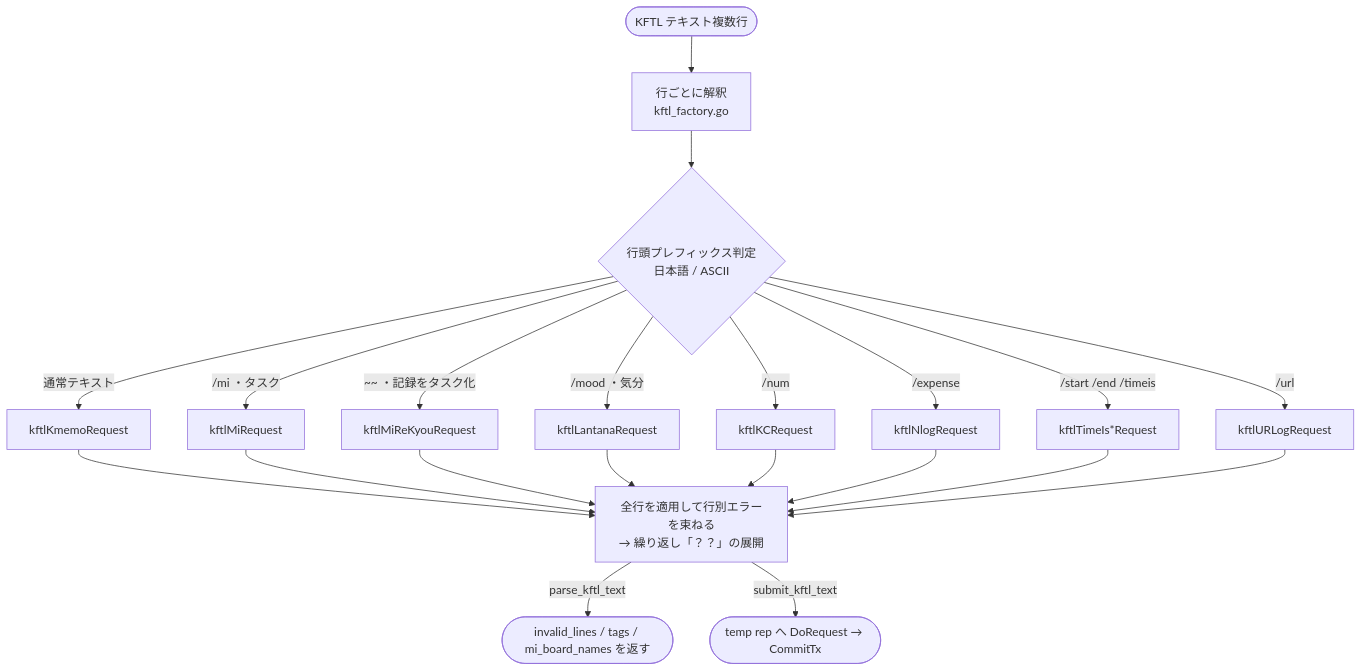
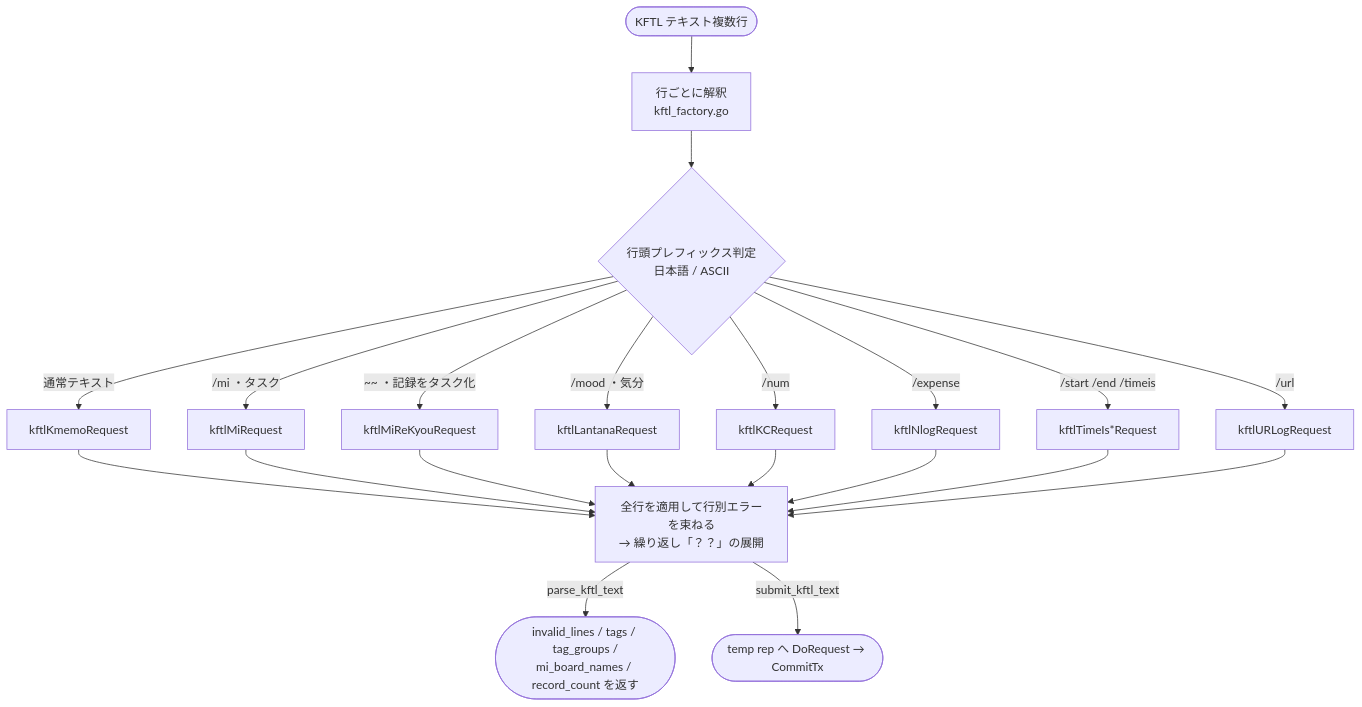
The sixth of 25 diagrams in documents/reverse/scenario.md (mt3hr/gkill), drawn with Mermaid before and after one commit. The commit also changed other lines of this file and 38 other files, not shown here.

````diff
--- a/documents/reverse/scenario.md
+++ b/documents/reverse/scenario.md
@@ -226,23 +227,23 @@
 ```mermaid
 flowchart TD
     Start([KFTL テキスト複数行]) --> Split[行ごとに解釈<br/>kftl_factory.go]
     Split --> Prefix{行頭プレフィックス判定<br/>日本語 / ASCII}
     Prefix -->|通常テキスト| Kmemo[kftlKmemoRequest]
     Prefix -->|/mi ・タスク| Mi[kftlMiRequest]
     Prefix -->|~~ ・記録をタスク化| MiReKyou[kftlMiReKyouRequest]
     Prefix -->|/mood ・気分| Lantana[kftlLantanaRequest]
     Prefix -->|/num| Kc[kftlKCRequest]
     Prefix -->|/expense| Nlog[kftlNlogRequest]
     Prefix -->|/start /end /timeis| TimeIs[kftlTimeIs*Request]
     Prefix -->|/url| Urlog[kftlURLogRequest]
     Kmemo --> Apply[全行を適用して行別エラーを束ねる<br/>→ 繰り返し「？？」の展開]
     Mi --> Apply
     MiReKyou --> Apply
     Lantana --> Apply
     Kc --> Apply
     Nlog --> Apply
     TimeIs --> Apply
     Urlog --> Apply
-    Apply -->|parse_kftl_text| Analyze([invalid_lines / tags / mi_board_names を返す])
+    Apply -->|parse_kftl_text| Analyze([invalid_lines / tags / tag_groups /<br/>mi_board_names / record_count を返す])
     Apply -->|submit_kftl_text| Exec([temp rep へ DoRequest → CommitTx])
 ```
````
